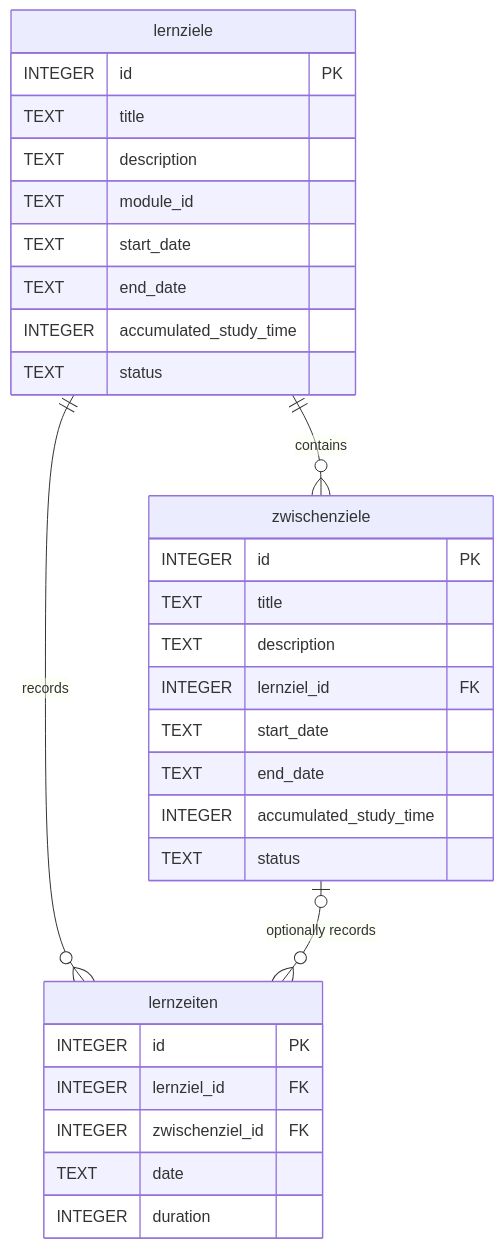
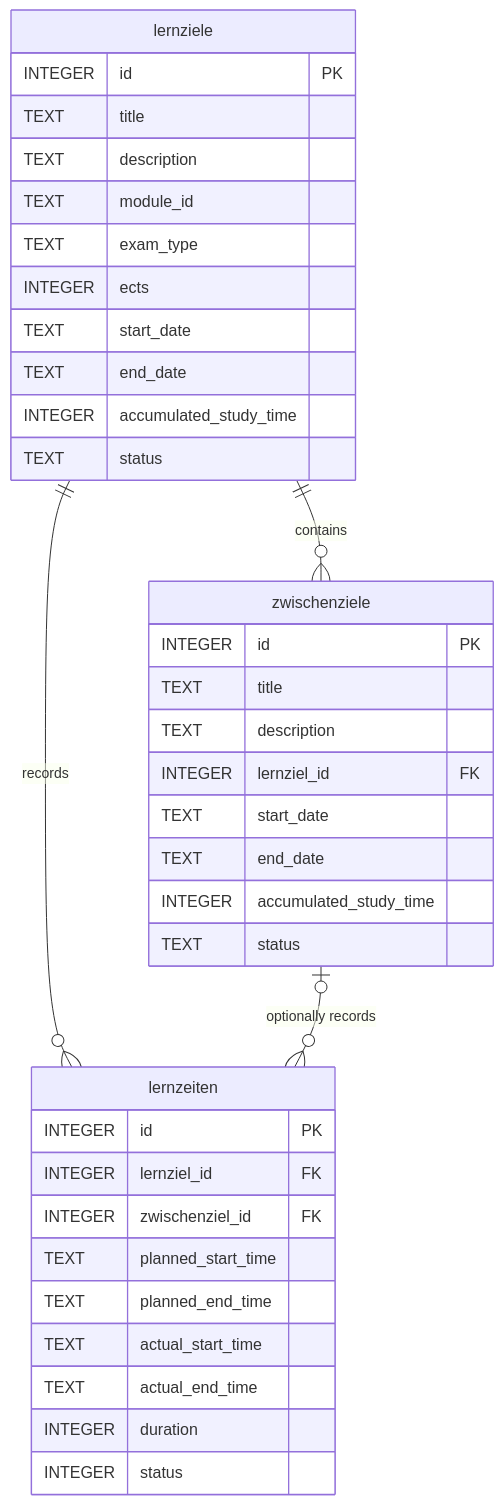
One commit to reginaleis/isef01-lernzeit-manager changed the second of 2 diagrams in README.md. Above: the diagram before and after it, drawn with Mermaid. The commit also changed 26 other files, not shown here.

````diff
--- a/README.md
+++ b/README.md
@@ -74,36 +74,42 @@
 ```mermaid
 erDiagram
     lernziele ||--o{ zwischenziele : "contains"
     lernziele ||--o{ lernzeiten : "records"
     zwischenziele o|--o{ lernzeiten : "optionally records"
 
     lernziele {
         INTEGER id PK
         TEXT title
         TEXT description
         TEXT module_id
+        TEXT exam_type
+        INTEGER ects
         TEXT start_date
         TEXT end_date
         INTEGER accumulated_study_time
         TEXT status
     }
 
     zwischenziele {
         INTEGER id PK
         TEXT title
         TEXT description
         INTEGER lernziel_id FK
         TEXT start_date
         TEXT end_date
         INTEGER accumulated_study_time
         TEXT status
     }
 
     lernzeiten {
         INTEGER id PK
         INTEGER lernziel_id FK
         INTEGER zwischenziel_id FK
-        TEXT date
+        TEXT planned_start_time
+        TEXT planned_end_time
+        TEXT actual_start_time
+        TEXT actual_end_time
         INTEGER duration
+        INTEGER status
     }
 ```
````
